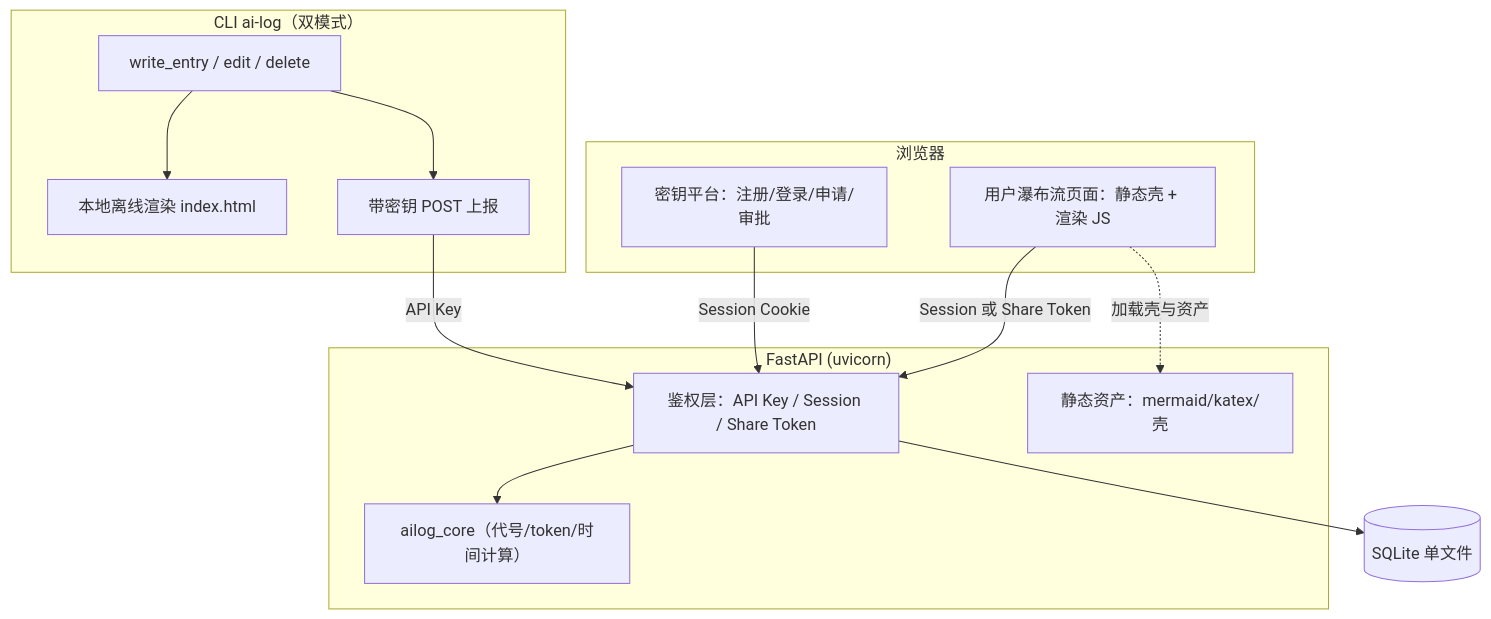
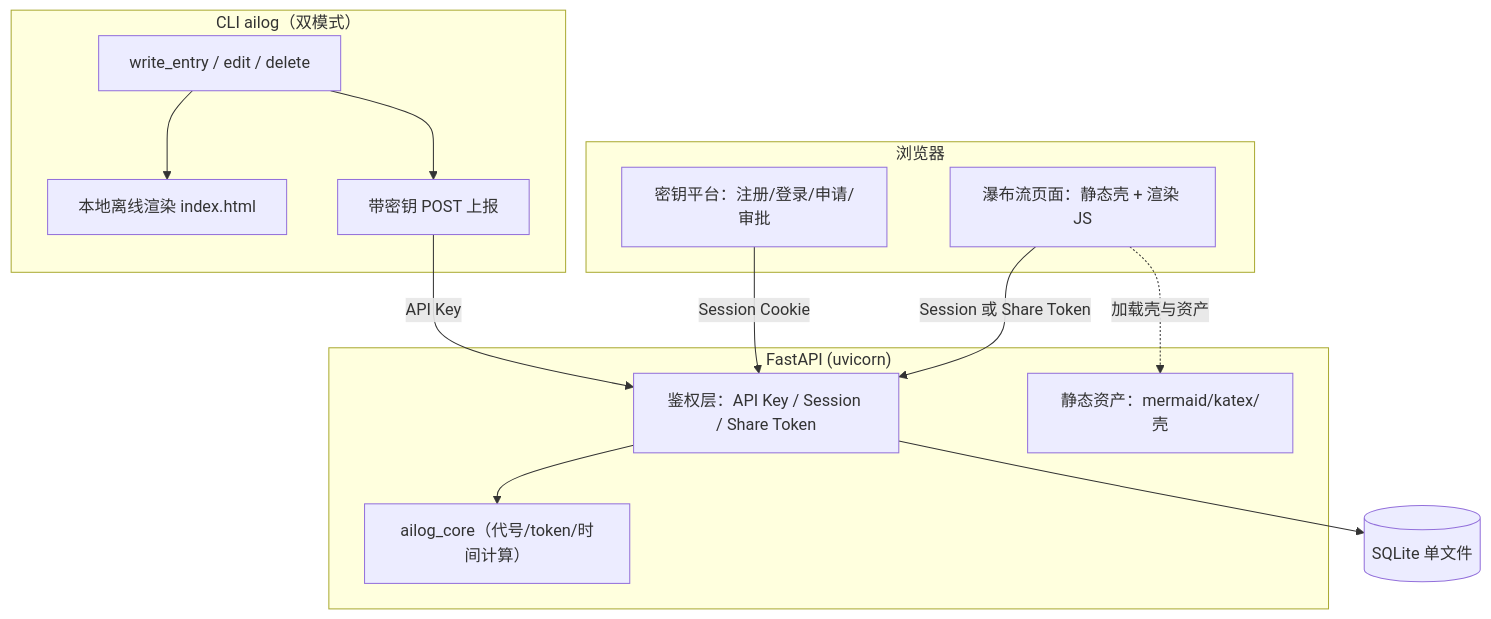
One commit to icloudsheep/Ailogy changed the diagram in README.md. Above: the diagram before and after it, drawn with Mermaid. The commit also changed other lines of this file and 3 other files, not shown here.

First line of the commit message:
docs: README 增加 SVG 配图与详细使用/启动说明

````diff
--- a/README.md
+++ b/README.md
@@ -9,23 +22,23 @@
 ```mermaid
 flowchart TB
-    subgraph CLI["CLI ai-log（双模式）"]
+    subgraph CLI["CLI ailog（双模式）"]
         C1["write_entry / edit / delete"] --> C2["本地离线渲染 index.html"]
         C1 --> C3["带密钥 POST 上报"]
     end
     subgraph Browser["浏览器"]
         P1["密钥平台：注册/登录/申请/审批"]
-        P2["用户瀑布流页面：静态壳 + 渲染 JS"]
+        P2["瀑布流页面：静态壳 + 渲染 JS"]
     end
     subgraph Backend["FastAPI (uvicorn)"]
         MW["鉴权层：API Key / Session / Share Token"]
         CORE["ailog_core（代号/token/时间计算）"]
         ST["静态资产：mermaid/katex/壳"]
     end
     DB[("SQLite 单文件")]
     C3 -->|API Key| MW
     P1 -->|Session Cookie| MW
     P2 -->|Session 或 Share Token| MW
     P2 -.->|加载壳与资产| ST
     MW --> DB
     MW --> CORE
 ```
````
